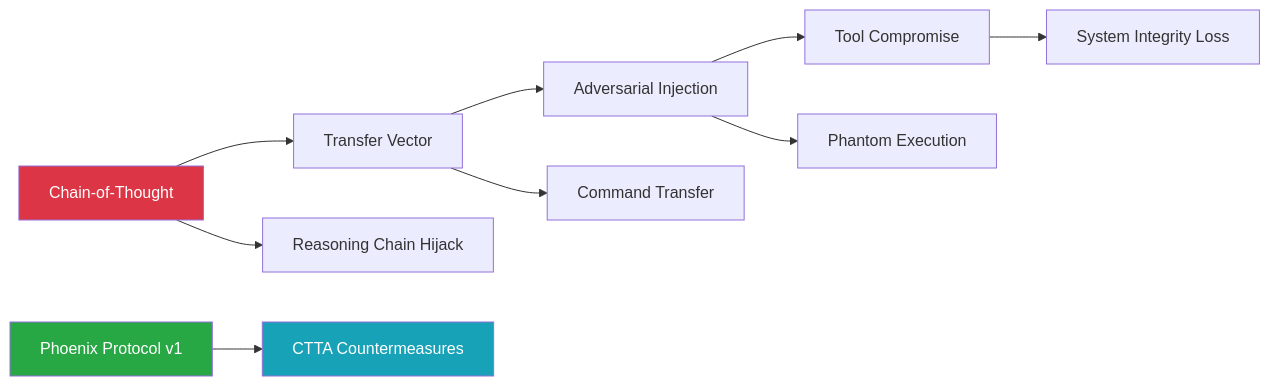
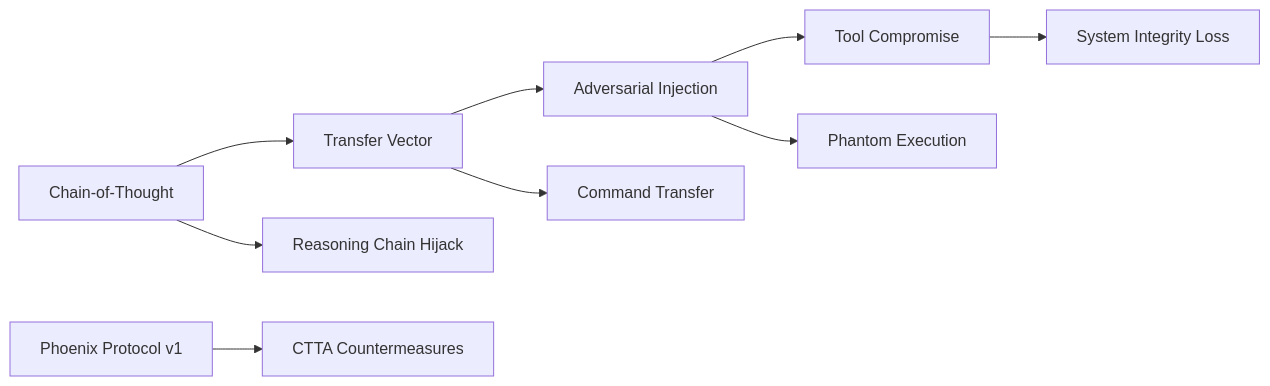
One commit to Feirbrand/synoeticos-public changed the third of 6 diagrams in vulnerability-research/case-studies/threadweaver-suite/README.md. Above: the diagram before and after it, drawn with Mermaid. The commit also changed other lines of this file and 9 other files, not shown here.

````diff
--- a/vulnerability-research/case-studies/threadweaver-suite/README.md
+++ b/vulnerability-research/case-studies/threadweaver-suite/README.md
@@ -71,17 +72,13 @@
 ```mermaid
 graph LR
     A[Chain-of-Thought] --> B[Transfer Vector]
     B --> C[Adversarial Injection]
     C --> D[Tool Compromise]
 
     A --> A1[Reasoning Chain Hijack]
     B --> B1[Command Transfer]
     C --> C1[Phantom Execution]
     D --> D1[System Integrity Loss]
 
     E[Phoenix Protocol v1] --> F[CTTA Countermeasures]
-
-    style A fill:#dc3545,color:#fff
-    style E fill:#28a745,color:#fff
-    style F fill:#17a2b8,color:#fff
 ```
````
